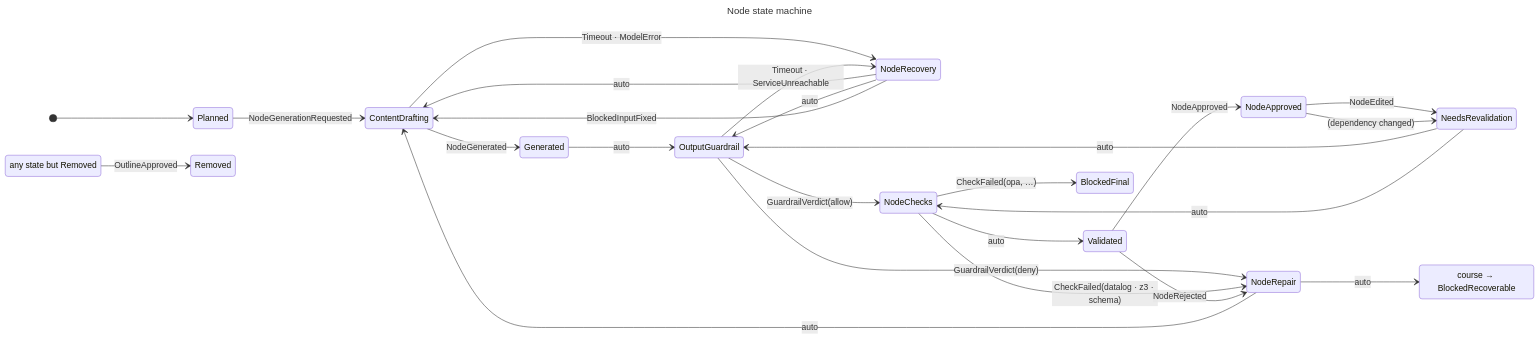
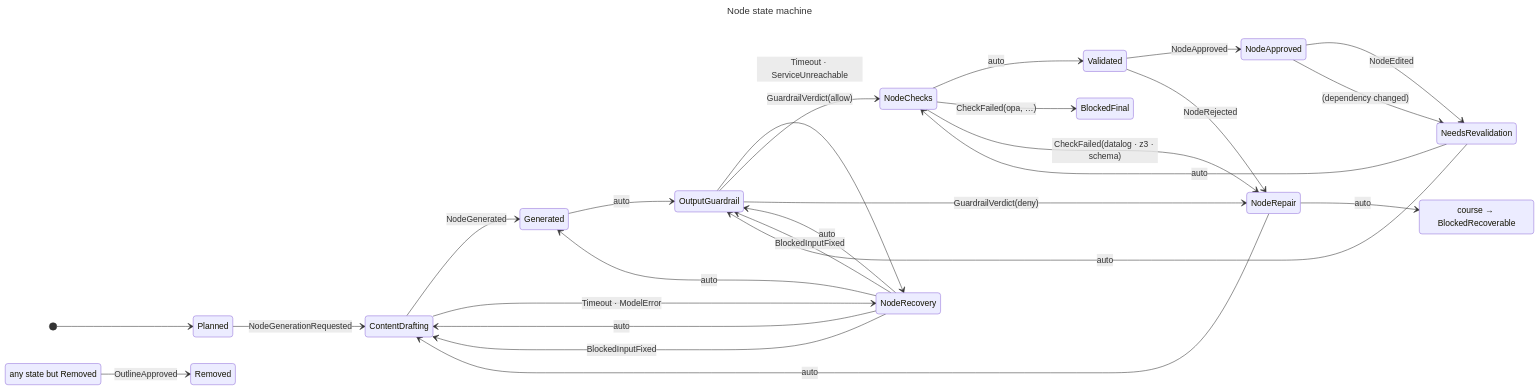
One commit to Magru/governed-ai-course-generator changed the second of 3 diagrams in model/diagrams.md. Above: the diagram before and after it, drawn with Mermaid. The commit also changed other lines of this file and 16 other files, not shown here.

First line of the commit message:
fix: finish the node recovery, and give the guardrail its own event

````diff
--- a/model/diagrams.md
+++ b/model/diagrams.md
@@ -86,34 +87,36 @@
 ```mermaid
 ---
 title: Node state machine
 ---
 stateDiagram-v2
     direction LR
     state "any state but Removed" as XanystatebutRemoved
     state "course → BlockedRecoverable" as XcourseBlockedRecoverable
 
     [*] --> Planned
 
     Planned --> ContentDrafting : NodeGenerationRequested
     ContentDrafting --> Generated : NodeGenerated
     ContentDrafting --> NodeRecovery : Timeout · ModelError
     Generated --> OutputGuardrail : auto
     OutputGuardrail --> NodeRecovery : Timeout · ServiceUnreachable
+    NodeRecovery --> Generated : auto
     NodeRecovery --> ContentDrafting : auto
     NodeRecovery --> OutputGuardrail : auto
     NodeRecovery --> ContentDrafting : BlockedInputFixed
+    NodeRecovery --> OutputGuardrail : BlockedInputFixed
     OutputGuardrail --> NodeChecks : GuardrailVerdict(allow)
     OutputGuardrail --> NodeRepair : GuardrailVerdict(deny)
     NodeChecks --> Validated : auto
     NodeChecks --> BlockedFinal : CheckFailed(opa, …)
     NodeChecks --> NodeRepair : CheckFailed(datalog · z3 · schema)
     NodeRepair --> ContentDrafting : auto
     NodeRepair --> XcourseBlockedRecoverable : auto
     Validated --> NodeApproved : NodeApproved
     Validated --> NodeRepair : NodeRejected
     NodeApproved --> NeedsRevalidation : NodeEdited
     NodeApproved --> NeedsRevalidation : (dependency changed)
     NeedsRevalidation --> OutputGuardrail : auto
     NeedsRevalidation --> NodeChecks : auto
     XanystatebutRemoved --> Removed : OutlineApproved
 ```
````
